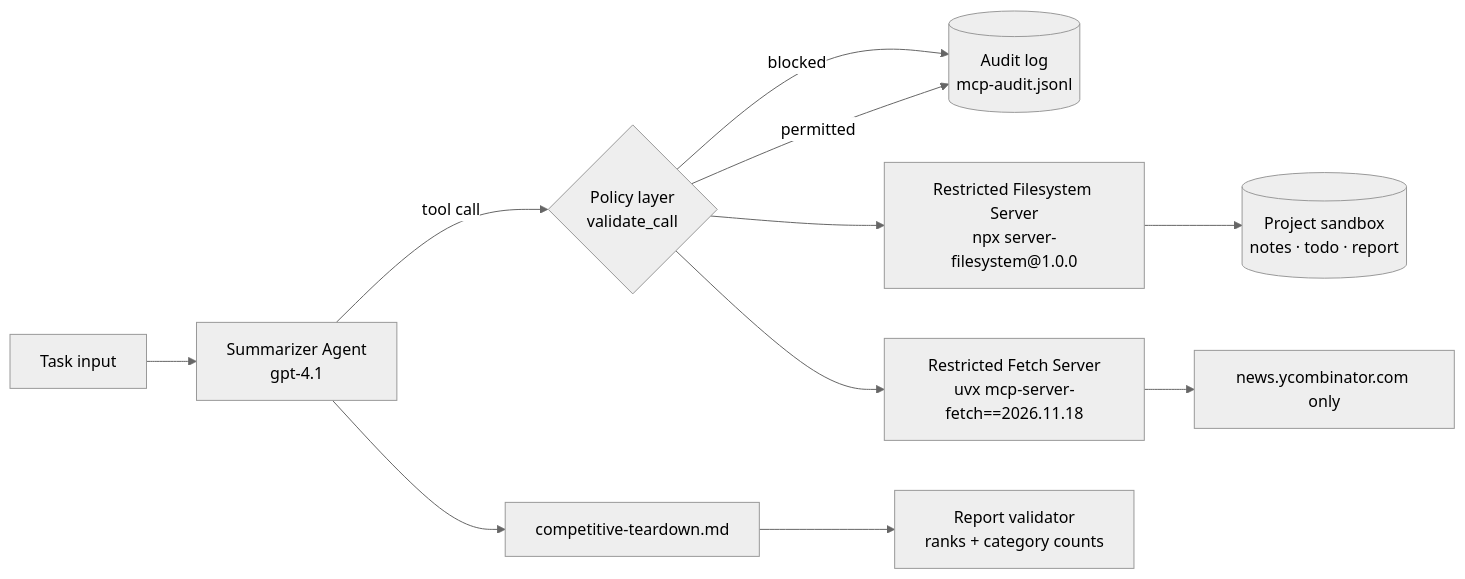
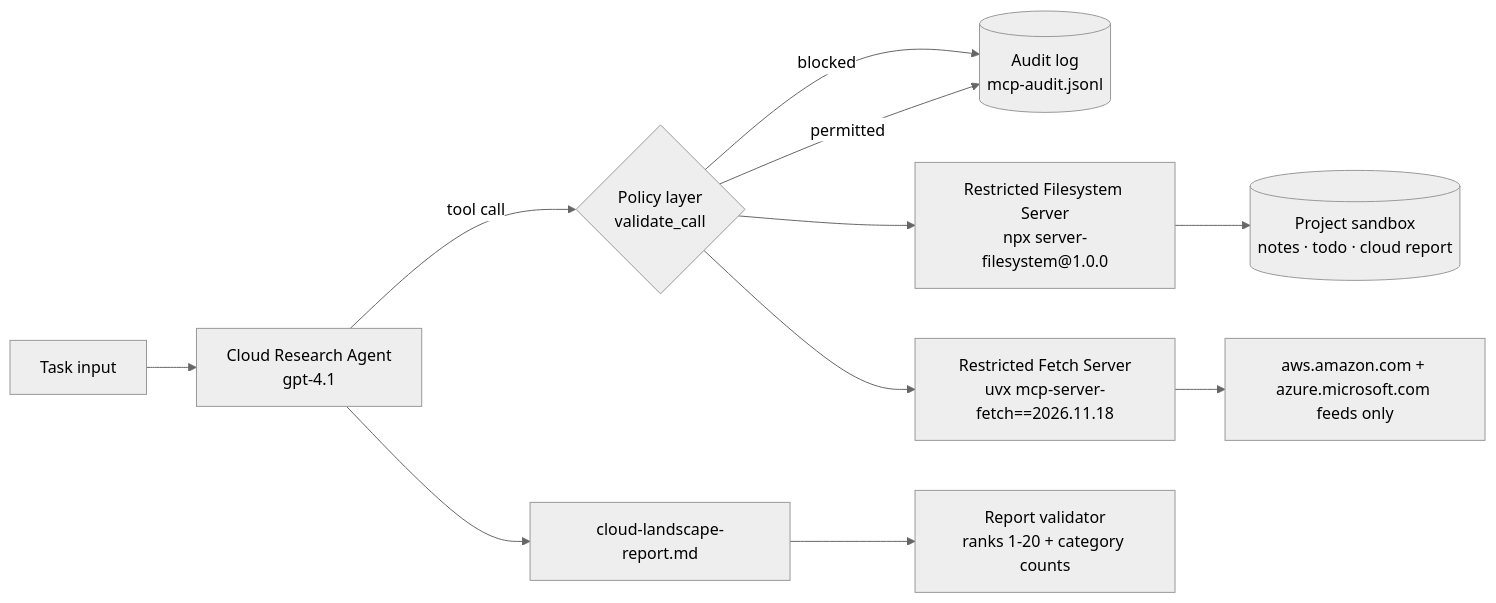
Before and after one commit to emran-Automation-Techlead/hardened-mcp-research-agent: the diagram in README.md, drawn with Mermaid (neutral theme). The commit also changed other lines of this file and 2 other files, not shown here.

Commit message:
Retopic demo to AWS vs Azure blog-feed research

````diff
--- a/README.md
+++ b/README.md
@@ -24,13 +24,13 @@
 ```mermaid
 flowchart LR
-    U[Task input] --> A[Summarizer Agent<br/>gpt-4.1]
+    U[Task input] --> A[Cloud Research Agent<br/>gpt-4.1]
     A -->|tool call| P{Policy layer<br/>validate_call}
     P -->|blocked| L[(Audit log<br/>mcp-audit.jsonl)]
     P -->|permitted| L
     P --> FS[Restricted Filesystem Server<br/>npx server-filesystem@1.0.0]
     P --> FE[Restricted Fetch Server<br/>uvx mcp-server-fetch==2026.11.18]
-    FS --> W[(Project sandbox<br/>notes · todo · report)]
-    FE --> H[news.ycombinator.com only]
-    A --> R[competitive-teardown.md]
-    R --> V[Report validator<br/>ranks + category counts]
+    FS --> W[(Project sandbox<br/>notes · todo · cloud report)]
+    FE --> H[aws.amazon.com + azure.microsoft.com feeds only]
+    A --> R[cloud-landscape-report.md]
+    R --> V[Report validator<br/>ranks 1-20 + category counts]
 ```
````
